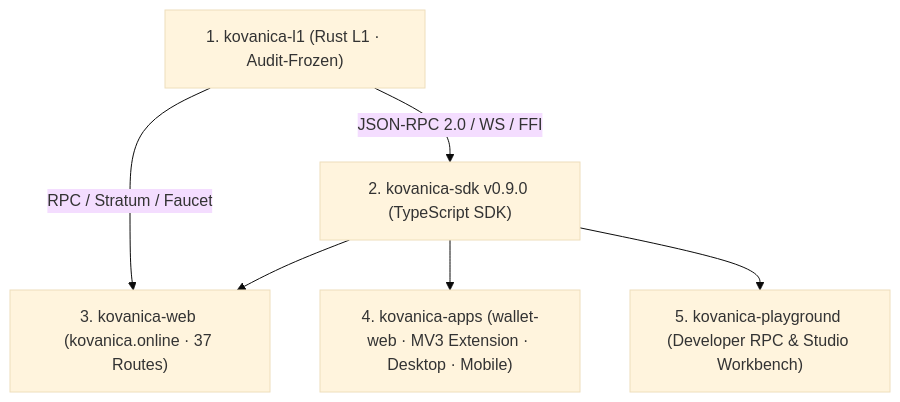
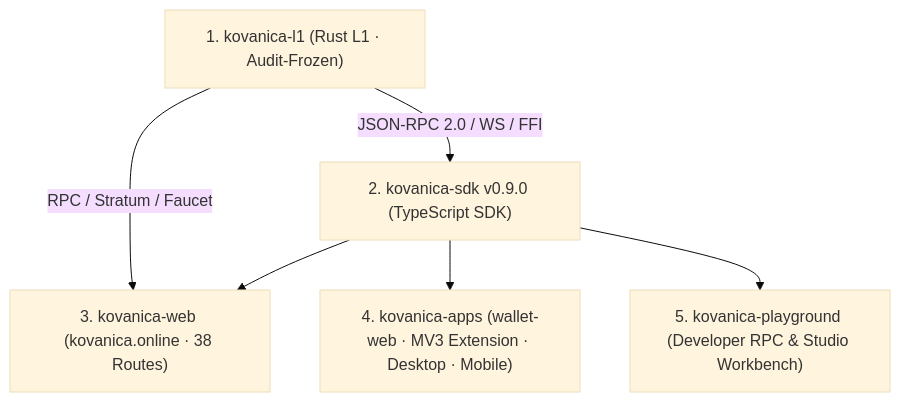
Before and after one commit to BetterCallDzuks/Kovanica-Vault: the diagram in 06 - Five-Repository Ecosystem.md, drawn with Mermaid (base theme). The commit also changed 5 other files, not shown here.

````diff
--- a/06 - Five-Repository Ecosystem.md
+++ b/06 - Five-Repository Ecosystem.md
@@ -15,14 +15,14 @@
 ```mermaid
 flowchart TB
     L1["1. kovanica-l1 (Rust L1 · Audit-Frozen)"]
     SDK["2. kovanica-sdk v0.9.0 (TypeScript SDK)"]
-    WEB["3. kovanica-web (kovanica.online · 37 Routes)"]
+    WEB["3. kovanica-web (kovanica.online · 38 Routes)"]
     APPS["4. kovanica-apps (wallet-web · MV3 Extension · Desktop · Mobile)"]
     PG["5. kovanica-playground (Developer RPC & Studio Workbench)"]
 
     L1 -->|"JSON-RPC 2.0 / WS / FFI"| SDK
     L1 -->|"RPC / Stratum / Faucet"| WEB
     SDK --> WEB
     SDK --> APPS
     SDK --> PG
 ```
````
